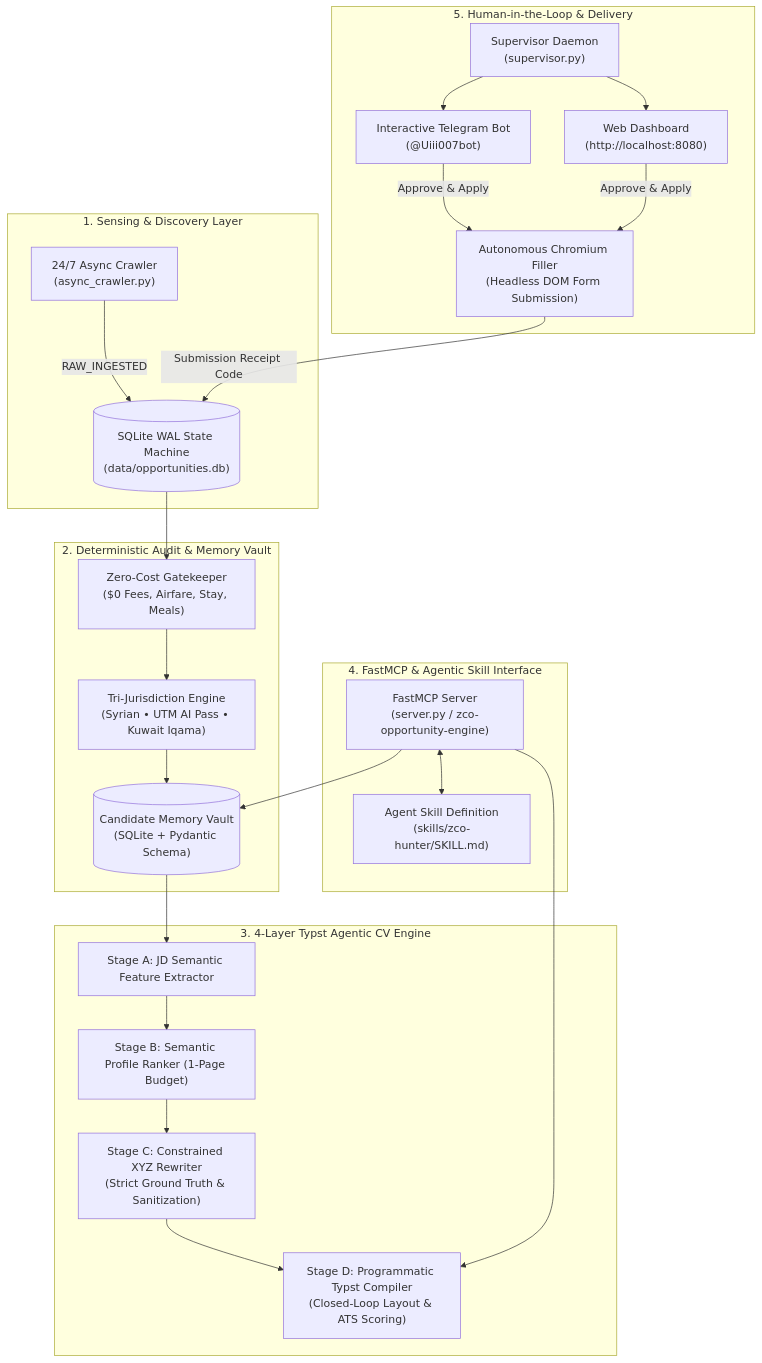
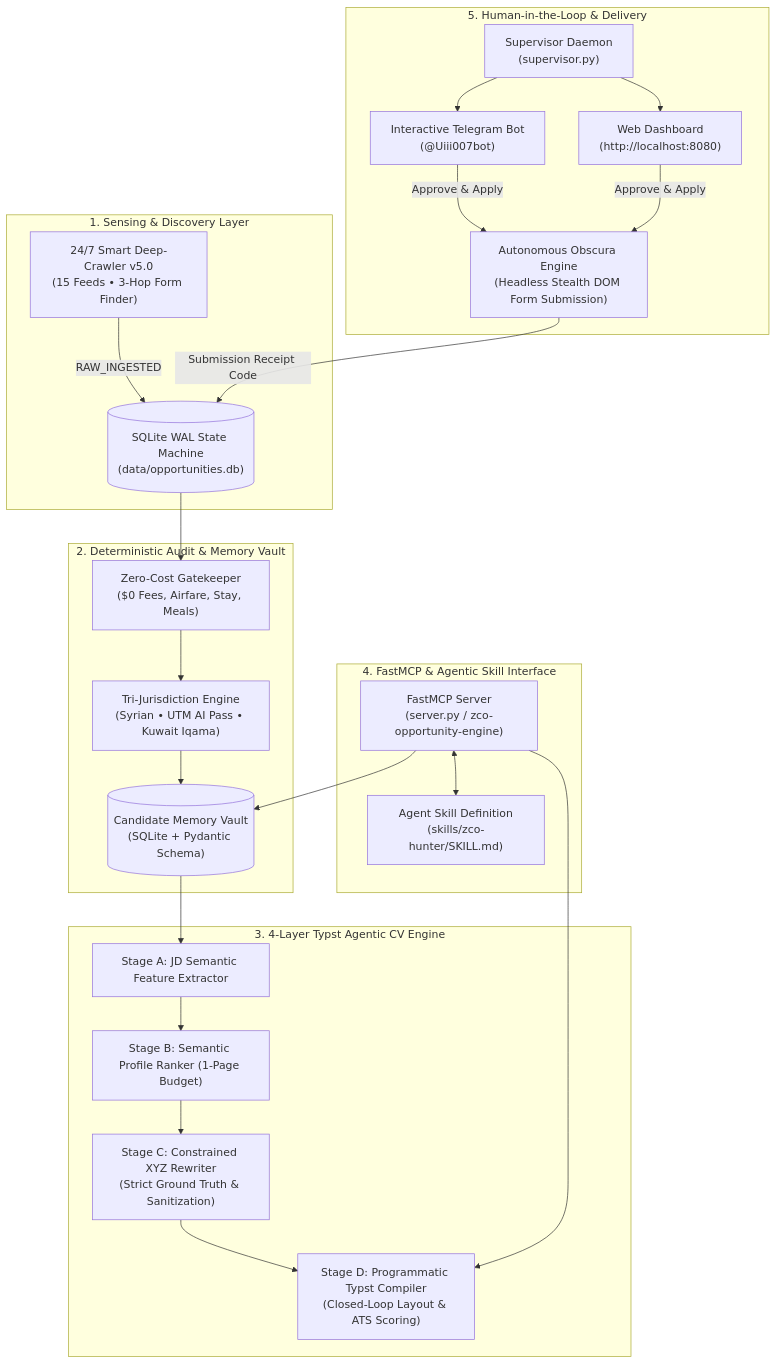
Before and after one commit to mahdialsalkadi/zco-opportunity-engine: the diagram in README.md, drawn with Mermaid. The commit also changed other lines of this file and 25 other files, not shown here.

Commit message:
feat(crawler-v5): upgrade to Smart Deep-Crawler v5.0 with 15 verified feeds, 3-Hop Form Finder, Obscura DOM enrichment, and dashboard status filtering

````diff
--- a/README.md
+++ b/README.md
@@ -27,49 +27,49 @@
 ```mermaid
 flowchart TD
     subgraph SENSING["1. Sensing & Discovery Layer"]
-        CRAWLER["24/7 Async Crawler\n(async_crawler.py)"]
+        CRAWLER["24/7 Smart Deep-Crawler v5.0\n(15 Feeds • 3-Hop Form Finder)"]
         DB[("SQLite WAL State Machine\n(data/opportunities.db)")]
         CRAWLER -->|RAW_INGESTED| DB
     end
 
     subgraph CORE_ENGINE["2. Deterministic Audit & Memory Vault"]
         GATEKEEPER["Zero-Cost Gatekeeper\n($0 Fees, Airfare, Stay, Meals)"]
         ELIGIBILITY["Tri-Jurisdiction Engine\n(Syrian • UTM AI Pass • Kuwait Iqama)"]
         VAULT[("Candidate Memory Vault\n(SQLite + Pydantic Schema)")]
         
         DB --> GATEKEEPER
         GATEKEEPER --> ELIGIBILITY
         ELIGIBILITY --> VAULT
     end
 
     subgraph TYPST_ENGINE["3. 4-Layer Typst Agentic CV Engine"]
         JD_PARSER["Stage A: JD Semantic Feature Extractor"]
         RANKER["Stage B: Semantic Profile Ranker (1-Page Budget)"]
         REWRITER["Stage C: Constrained XYZ Rewriter\n(Strict Ground Truth & Sanitization)"]
         TYPST["Stage D: Programmatic Typst Compiler\n(Closed-Loop Layout & ATS Scoring)"]
         
         VAULT --> JD_PARSER --> RANKER --> REWRITER --> TYPST
     end
 
     subgraph MCP_AGENT["4. FastMCP & Agentic Skill Interface"]
         MCP["FastMCP Server\n(server.py / zco-opportunity-engine)"]
         SKILL["Agent Skill Definition\n(skills/zco-hunter/SKILL.md)"]
         
         MCP <--> SKILL
         MCP --> TYPST
         MCP --> VAULT
     end
 
     subgraph DELIVERY["5. Human-in-the-Loop & Delivery"]
         SUPERVISOR["Supervisor Daemon\n(supervisor.py)"]
         TG_BOT["Interactive Telegram Bot\n(@Uiii007bot)"]
         DASHBOARD["Web Dashboard\n(http://localhost:8080)"]
-        AUTO_APPLY["Autonomous Chromium Filler\n(Headless DOM Form Submission)"]
+        AUTO_APPLY["Autonomous Obscura Engine\n(Headless Stealth DOM Form Submission)"]
         
         SUPERVISOR --> TG_BOT
         SUPERVISOR --> DASHBOARD
         TG_BOT -->|Approve & Apply| AUTO_APPLY
         DASHBOARD -->|Approve & Apply| AUTO_APPLY
         AUTO_APPLY -->|Submission Receipt Code| DB
     end
 ```
````
